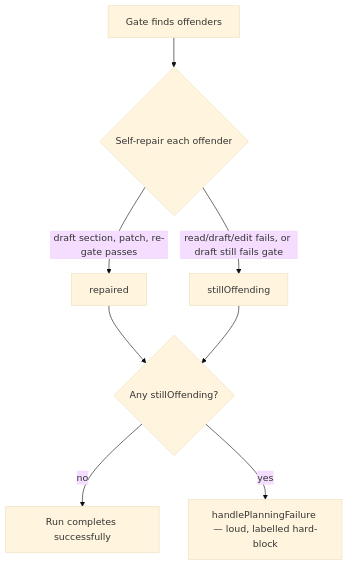
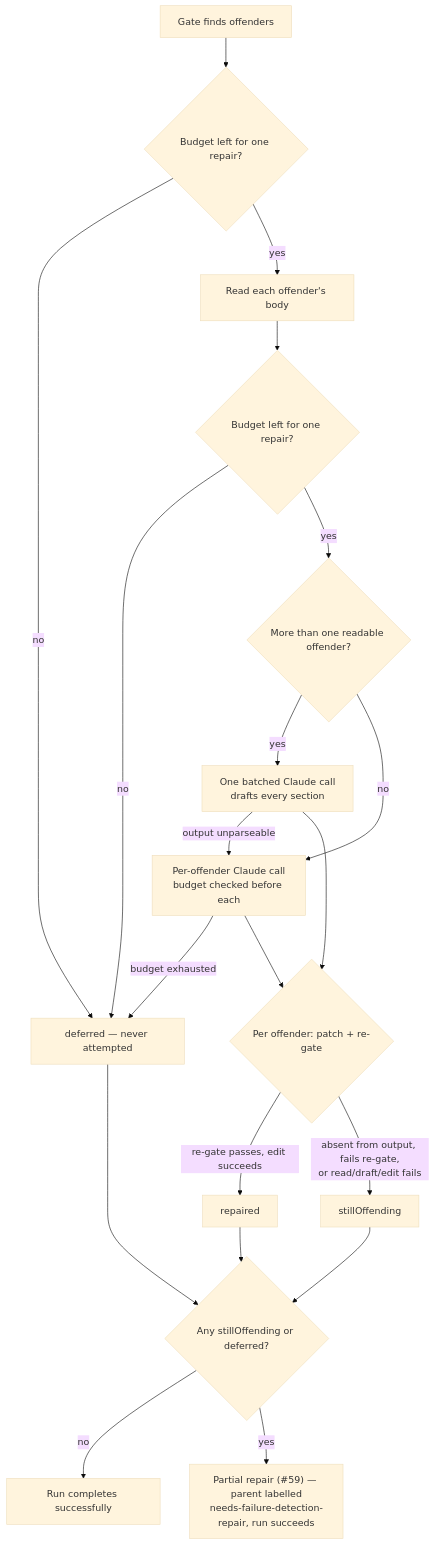
Before and after one commit to stSoftwareAU/VibeCoder: the third of 7 diagrams in docs/workflows/planning-and-questions.md, drawn with Mermaid (base theme). The commit also changed other lines of this file and 36 other files, not shown here.

````diff
--- a/docs/workflows/planning-and-questions.md
+++ b/docs/workflows/planning-and-questions.md
@@ -291,10 +344,22 @@
 ```mermaid
 flowchart TD
-    A[Gate finds offenders] --> B{Self-repair each offender}
-    B -->|draft section, patch, re-gate passes| C[repaired]
-    B -->|read/draft/edit fails, or draft still fails gate| D[stillOffending]
-    C --> E{Any stillOffending?}
-    D --> E
-    E -->|no| F[Run completes successfully]
-    E -->|yes| G[handlePlanningFailure — loud, labelled hard-block]
+    A[Gate finds offenders] --> Z{Budget left for one repair?}
+    Z -->|no| Y[deferred — never attempted]
+    Z -->|yes| B[Read each offender's body]
+    B --> Z2{Budget left for one repair?}
+    Z2 -->|no| Y
+    Z2 -->|yes| C{More than one readable offender?}
+    C -->|yes| D[One batched Claude call<br/>drafts every section]
+    C -->|no| E[Per-offender Claude call<br/>budget checked before each]
+    D -->|output unparseable| E
+    E -->|budget exhausted| Y
+    D --> F{Per offender: patch + re-gate}
+    E --> F
+    F -->|re-gate passes, edit succeeds| G[repaired]
+    F -->|absent from output, fails re-gate,<br/>or read/draft/edit fails| H[stillOffending]
+    G --> I{Any stillOffending or deferred?}
+    H --> I
+    Y --> I
+    I -->|no| J[Run completes successfully]
+    I -->|yes| K["Partial repair (#59) — parent labelled<br/>needs-failure-detection-repair, run succeeds"]
 ```
````
